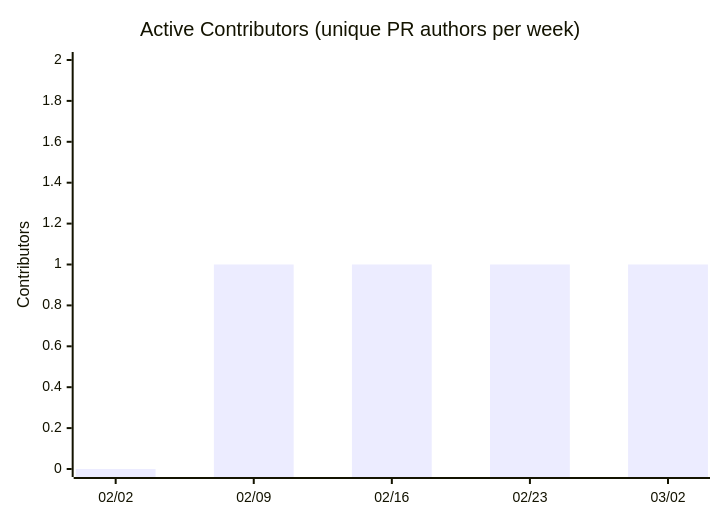
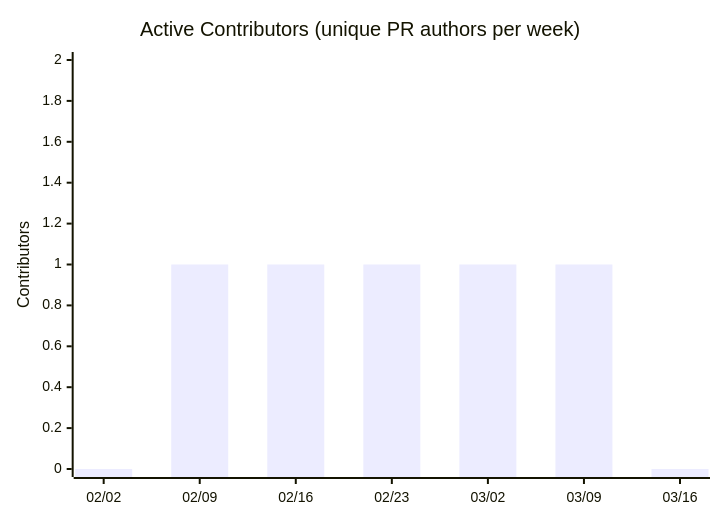
The seventh of 11 diagrams in docs/metrics.md (nablarch/nabledge-dev), drawn with Mermaid before and after one commit. The commit also changed other lines of this file, not shown here.

````diff
--- a/docs/metrics.md
+++ b/docs/metrics.md
@@ -84,7 +84,7 @@
 ```mermaid
 xychart-beta
   title "Active Contributors (unique PR authors per week)"
-  x-axis ["02/02", "02/09", "02/16", "02/23", "03/02"]
+  x-axis ["02/02", "02/09", "02/16", "02/23", "03/02", "03/09", "03/16"]
   y-axis "Contributors" 0 --> 2
-  bar [0, 1, 1, 1, 1]
+  bar [0, 1, 1, 1, 1, 1, 0]
 ```
````
